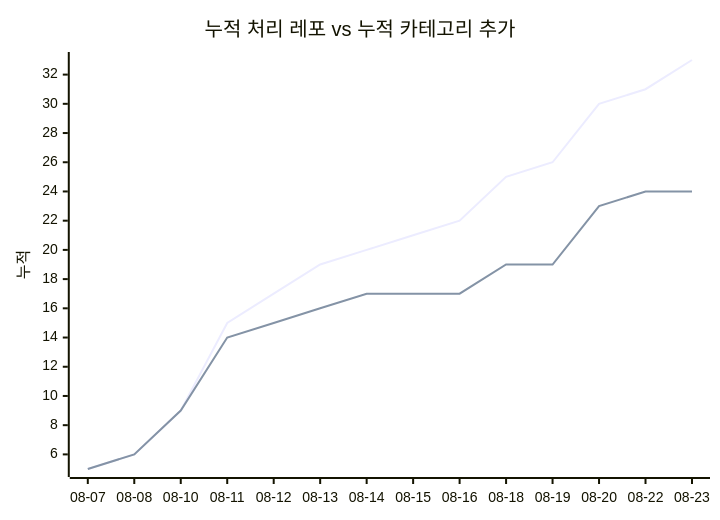
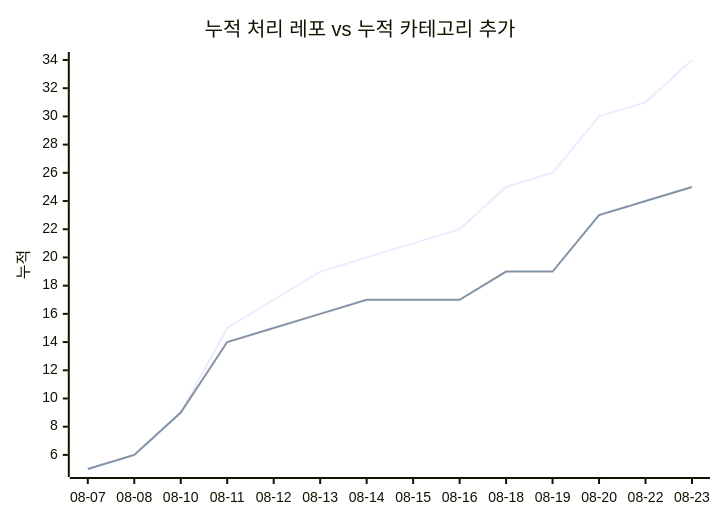
Before and after one commit to J-nowcow/awesome-korean-agent-skills: the second of 2 diagrams in docs/trends.md, drawn with Mermaid. The commit also changed other lines of this file and 3 other files, not shown here.

````diff
--- a/docs/trends.md
+++ b/docs/trends.md
@@ -68,8 +68,8 @@
 ```mermaid
 xychart-beta
     title "누적 처리 레포 vs 누적 카테고리 추가"
     x-axis ["08-07","08-08","08-10","08-11","08-12","08-13","08-14","08-15","08-16","08-18","08-19","08-20","08-22","08-23"]
     y-axis "누적"
-    line [5,6,9,15,17,19,20,21,22,25,26,30,31,33]
-    line [5,6,9,14,15,16,17,17,17,19,19,23,24,24]
+    line [5,6,9,15,17,19,20,21,22,25,26,30,31,34]
+    line [5,6,9,14,15,16,17,17,17,19,19,23,24,25]
 ```
````
